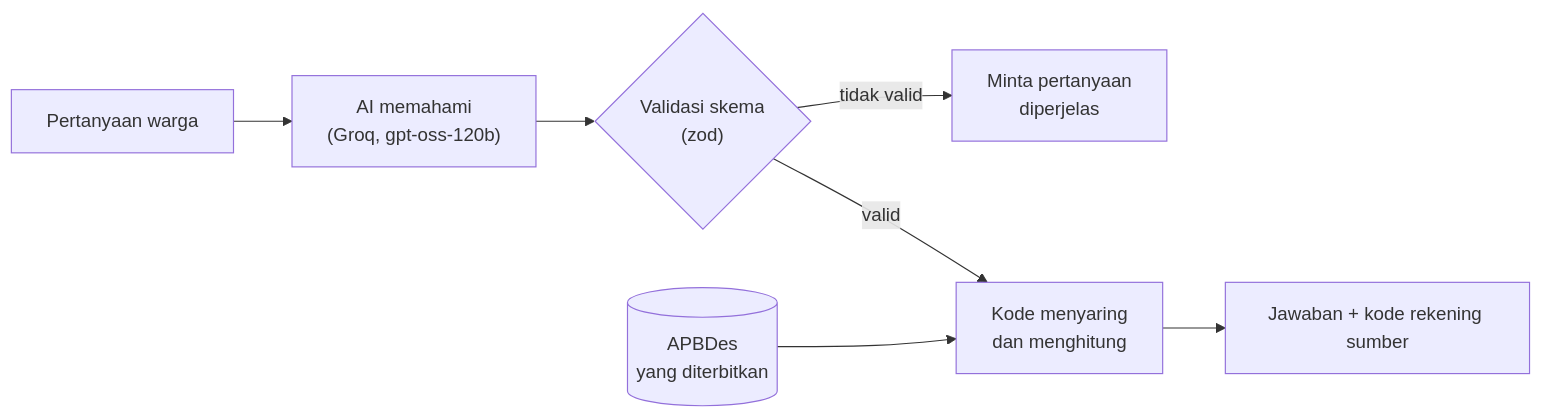
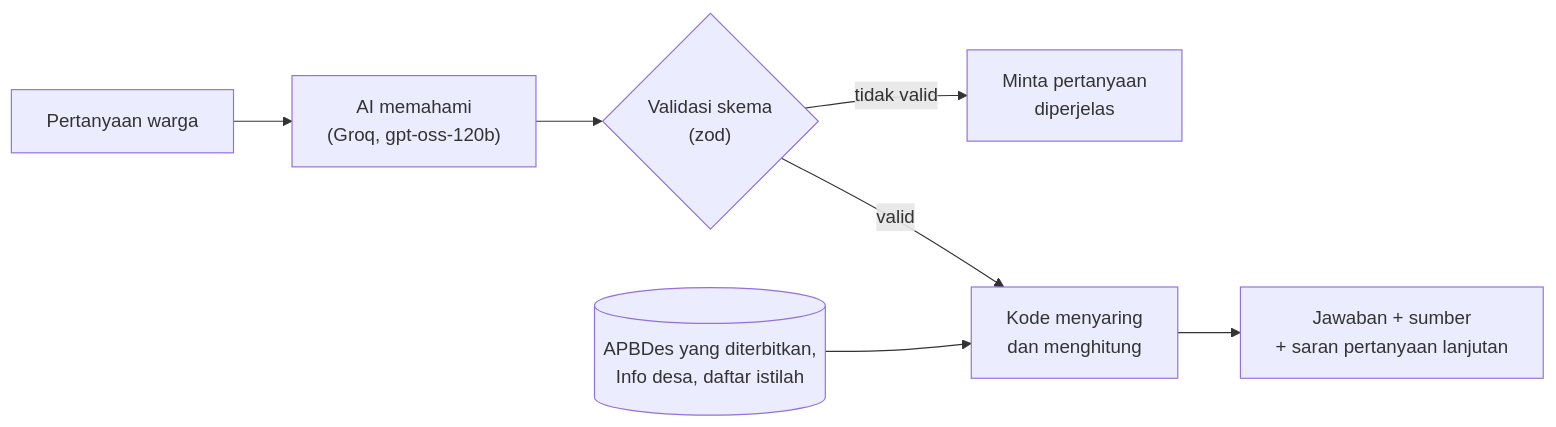
Before and after one commit to HaidarMustt/UINIC---tanyadesa: the first of 2 diagrams in README.md, drawn with Mermaid. The commit also changed other lines of this file and 2 other files, not shown here.

Commit message:
docs: describe Info desa, follow-ups, ratings and the new results

````diff
--- a/README.md
+++ b/README.md
@@ -88,9 +95,9 @@
 ```mermaid
 flowchart LR
     Q["Pertanyaan warga"] --> AI["AI memahami<br/>(Groq, gpt-oss-120b)"]
     AI --> V{"Validasi skema<br/>(zod)"}
     V -- tidak valid --> R["Minta pertanyaan<br/>diperjelas"]
     V -- valid --> C["Kode menyaring<br/>dan menghitung"]
-    DB[("APBDes<br/>yang diterbitkan")] --> C
-    C --> A["Jawaban + kode rekening sumber"]
+    DB[("APBDes yang diterbitkan,<br/>Info desa, daftar istilah")] --> C
+    C --> A["Jawaban + sumber<br/>+ saran pertanyaan lanjutan"]
 ```
````
